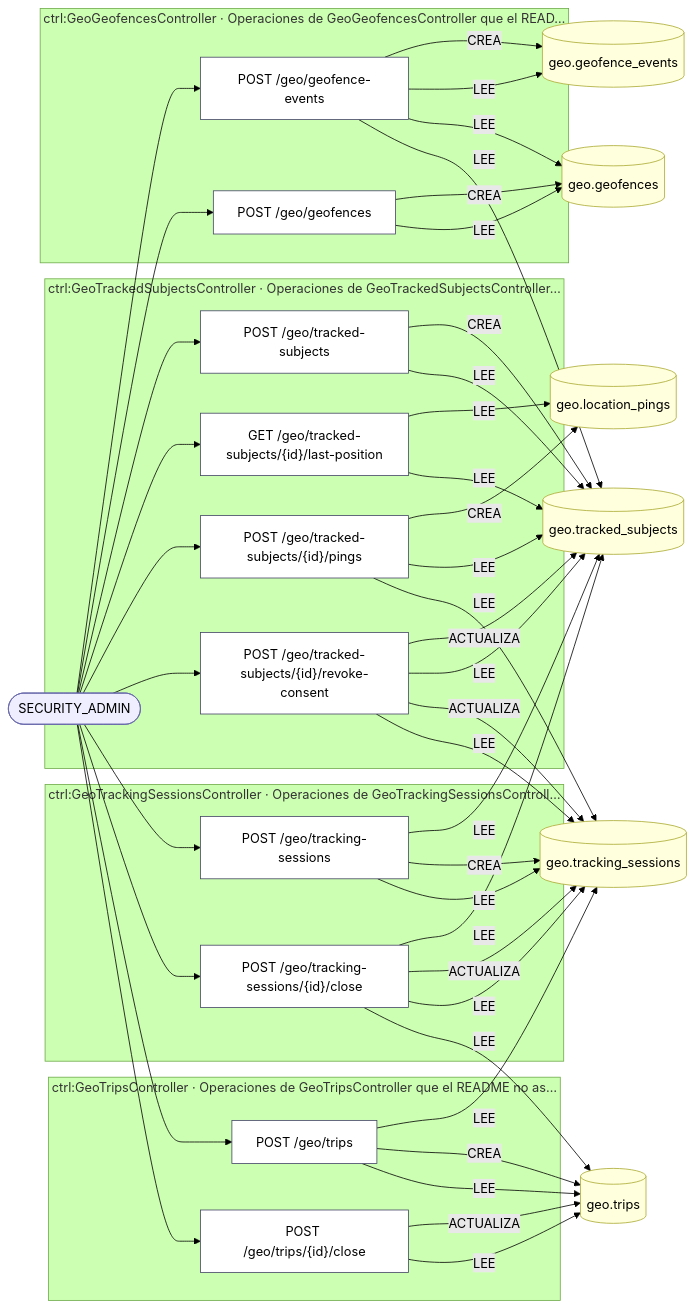
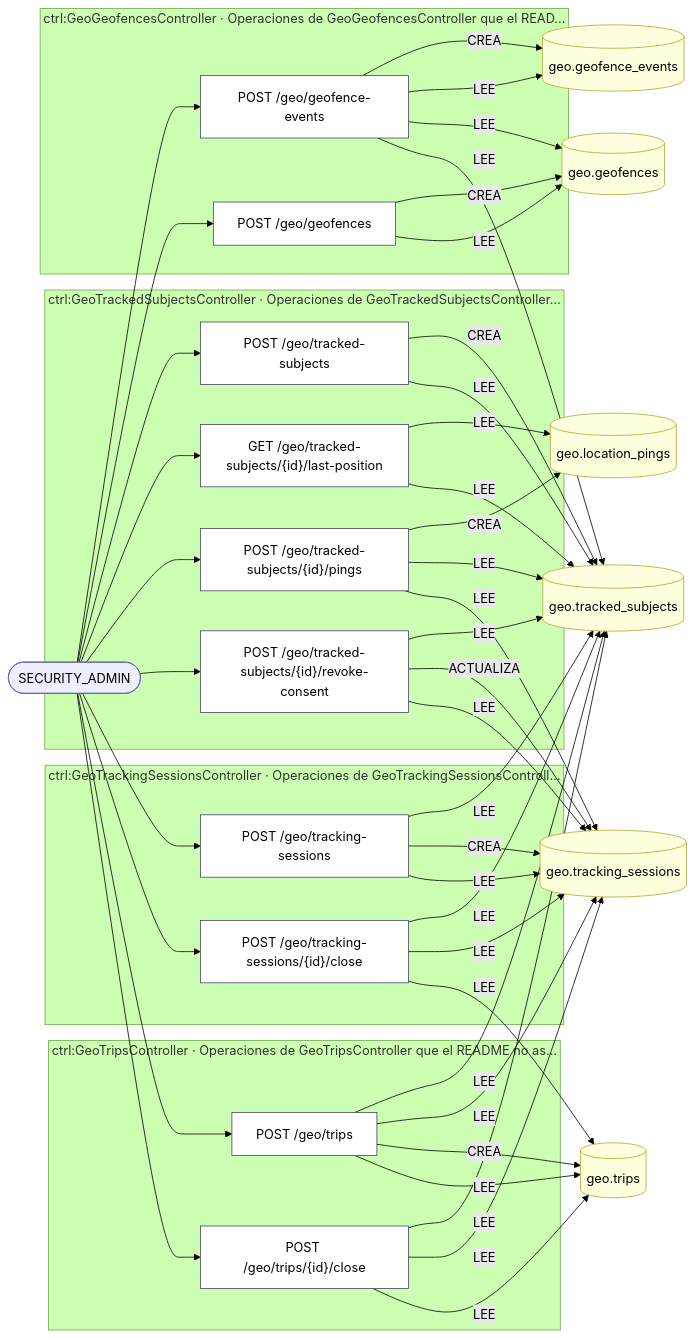
One commit to mdavila-2001/mantra-core-health-api changed the first of 11 diagrams in docs/inventario/flujos/geo.md. Above: the diagram before and after it, drawn with Mermaid (forest theme). The commit also changed other lines of this file and 438 other files, not shown here.

````diff
--- a/docs/inventario/flujos/geo.md
+++ b/docs/inventario/flujos/geo.md
@@ -39,71 +39,71 @@
 ```mermaid
 flowchart LR
   a2(["SECURITY_ADMIN"]):::actor
   t3[("geo.geofence_events")]:::tabla
   t4[("geo.geofences")]:::tabla
   t5[("geo.tracked_subjects")]:::tabla
   t9[("geo.location_pings")]:::tabla
   t11[("geo.tracking_sessions")]:::tabla
   t15[("geo.trips")]:::tabla
   subgraph s0["ctrl:GeoGeofencesController · Operaciones de GeoGeofencesController que el READ…"]
     o1["POST /geo/geofence-events"]:::op
     o6["POST /geo/geofences"]:::op
   end
   subgraph s1["ctrl:GeoTrackedSubjectsController · Operaciones de GeoTrackedSubjectsController…"]
     o7["POST /geo/tracked-subjects"]:::op
     o8["GET /geo/tracked-subjects/{id}/last-position"]:::op
     o10["POST /geo/tracked-subjects/{id}/pings"]:::op
     o12["POST /geo/tracked-subjects/{id}/revoke-consent"]:::op
   end
   subgraph s2["ctrl:GeoTrackingSessionsController · Operaciones de GeoTrackingSessionsControll…"]
     o13["POST /geo/tracking-sessions"]:::op
     o14["POST /geo/tracking-sessions/{id}/close"]:::op
   end
   subgraph s3["ctrl:GeoTripsController · Operaciones de GeoTripsController que el README no as…"]
     o16["POST /geo/trips"]:::op
     o17["POST /geo/trips/{id}/close"]:::op
   end
   a2 --> o1
   o1 -->|"CREA"| t3
   o1 -->|"LEE"| t3
   o1 -->|"LEE"| t4
   o1 -->|"LEE"| t5
   a2 --> o6
   o6 -->|"CREA"| t4
   o6 -->|"LEE"| t4
   a2 --> o7
   o7 -->|"CREA"| t5
   o7 -->|"LEE"| t5
   a2 --> o8
   o8 -->|"LEE"| t9
   o8 -->|"LEE"| t5
   a2 --> o10
   o10 -->|"CREA"| t9
   o10 -->|"LEE"| t5
   o10 -->|"LEE"| t11
   a2 --> o12
-  o12 -->|"ACTUALIZA"| t5
   o12 -->|"LEE"| t5
   o12 -->|"ACTUALIZA"| t11
   o12 -->|"LEE"| t11
   a2 --> o13
   o13 -->|"LEE"| t5
   o13 -->|"CREA"| t11
   o13 -->|"LEE"| t11
   a2 --> o14
   o14 -->|"LEE"| t5
-  o14 -->|"ACTUALIZA"| t11
   o14 -->|"LEE"| t11
   o14 -->|"LEE"| t15
   a2 --> o16
+  o16 -->|"LEE"| t5
   o16 -->|"LEE"| t11
   o16 -->|"CREA"| t15
   o16 -->|"LEE"| t15
   a2 --> o17
-  o17 -->|"ACTUALIZA"| t15
+  o17 -->|"LEE"| t5
+  o17 -->|"LEE"| t11
   o17 -->|"LEE"| t15
   classDef op fill:#fff,stroke:#446
   classDef actor fill:#eef,stroke:#66a
   classDef tabla fill:#ffd,stroke:#aa3
   classDef evento fill:#efe,stroke:#3a3
 ```
````
